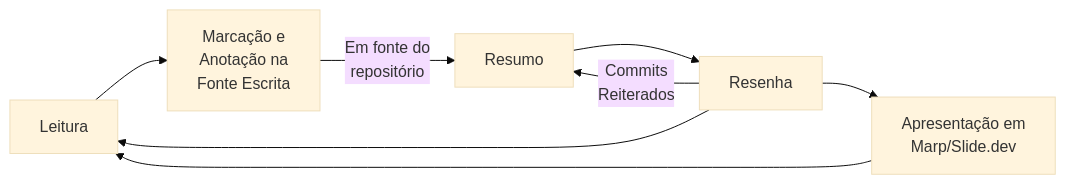
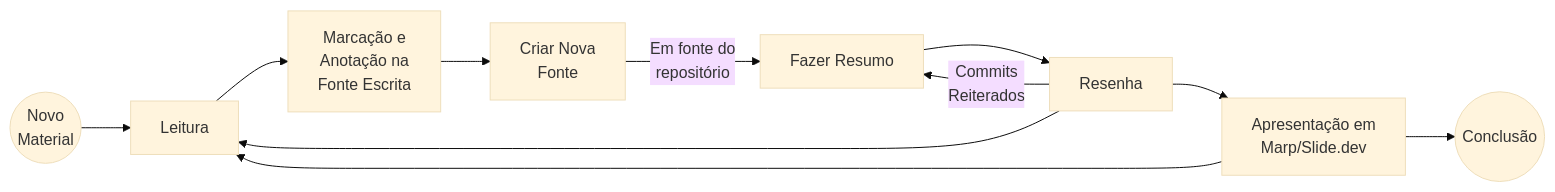
Before and after one commit to dnlclaudino/gestao-do-conhecimento: the first of 6 diagrams in README.md, drawn with Mermaid (base theme). The commit also changed other lines of this file, not shown here.

Commit message:
Revisar: seção "Trilha de Aprendizagem"

````diff
--- a/README.md
+++ b/README.md
@@ -44,10 +44,12 @@
 ```mermaid
 graph LR;
+    INICIO(("Novo<br>Material"))-->A;
     A[Leitura]-->B[Marcação e<br>Anotação na<br>Fonte Escrita];
-    B-- Em fonte do<br>repositório -->C[Resumo];
+    B-->BB["Criar Nova<br>Fonte"]-- Em fonte do<br>repositório -->C[Fazer Resumo];
     C-->D[Resenha];
     D--Commits<br>Reiterados-->C;
     D-->A;
     D-->E[Apresentação em<br>Marp/Slide.dev];
-    E-->A
+    E-->A;
+    E-->FIM(("Conclusão"))
 ```
````
